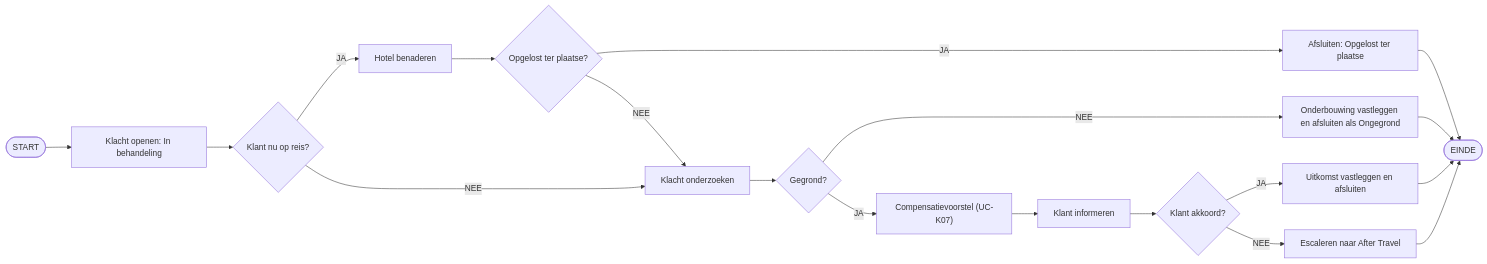
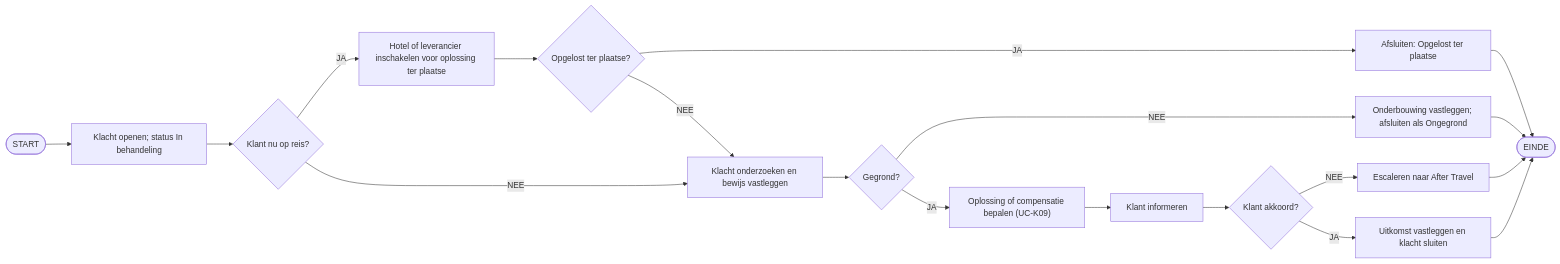
Before and after one commit to VoyageVista1/GroepInkoop: the eighth of 13 diagrams in docs/ontwerp/use-cases-klantenservice.md, drawn with Mermaid. The commit also changed other lines of this file and 3 other files, not shown here.

````diff
--- a/docs/ontwerp/use-cases-klantenservice.md
+++ b/docs/ontwerp/use-cases-klantenservice.md
@@ -193,12 +451,36 @@
 ```mermaid
 flowchart LR
-    S(["START"]) --> A["Klacht openen: In behandeling"] --> B{"Klant nu op reis?"}
-    B -- "JA" --> C["Hotel benaderen"] --> D{"Opgelost ter plaatse?"}
-    D -- "JA" --> E["Afsluiten: Opgelost ter plaatse"] --> Z(["EINDE"])
-    D -- "NEE" --> F
-    B -- "NEE" --> F["Klacht onderzoeken"] --> G{"Gegrond?"}
-    G -- "NEE" --> H["Onderbouwing vastleggen en afsluiten als Ongegrond"] --> Z
-    G -- "JA" --> I["Compensatievoorstel (UC-K07)"] --> J["Klant informeren"] --> K{"Klant akkoord?"}
-    K -- "JA" --> L["Uitkomst vastleggen en afsluiten"] --> Z
-    K -- "NEE" --> M["Escaleren naar After Travel"] --> Z
+    N0(["START"])
+    N1["Klacht openen; status In behandeling"]
+    N2{"Klant nu op reis?"}
+    N3["Hotel of leverancier inschakelen voor oplossing ter plaatse"]
+    N4{"Opgelost ter plaatse?"}
+    N5["Afsluiten: Opgelost ter plaatse"]
+    N6["Klacht onderzoeken en bewijs vastleggen"]
+    N7{"Gegrond?"}
+    N8["Onderbouwing vastleggen; afsluiten als Ongegrond"]
+    N9["Oplossing of compensatie bepalen (UC-K09)"]
+    N10["Klant informeren"]
+    N11{"Klant akkoord?"}
+    N12["Escaleren naar After Travel"]
+    N13["Uitkomst vastleggen en klacht sluiten"]
+    N14(["EINDE"])
+    N0 --> N1
+    N1 --> N2
+    N2 -- "JA" --> N3
+    N3 --> N4
+    N4 -- "JA" --> N5
+    N4 -- "NEE" --> N6
+    N2 -- "NEE" --> N6
+    N6 --> N7
+    N7 -- "NEE" --> N8
+    N7 -- "JA" --> N9
+    N9 --> N10
+    N10 --> N11
+    N11 -- "NEE" --> N12
+    N11 -- "JA" --> N13
+    N13 --> N14
+    N12 --> N14
+    N8 --> N14
+    N5 --> N14
 ```
````
